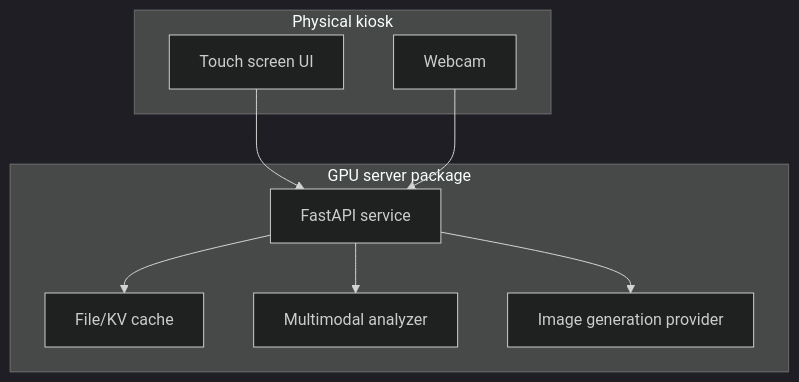
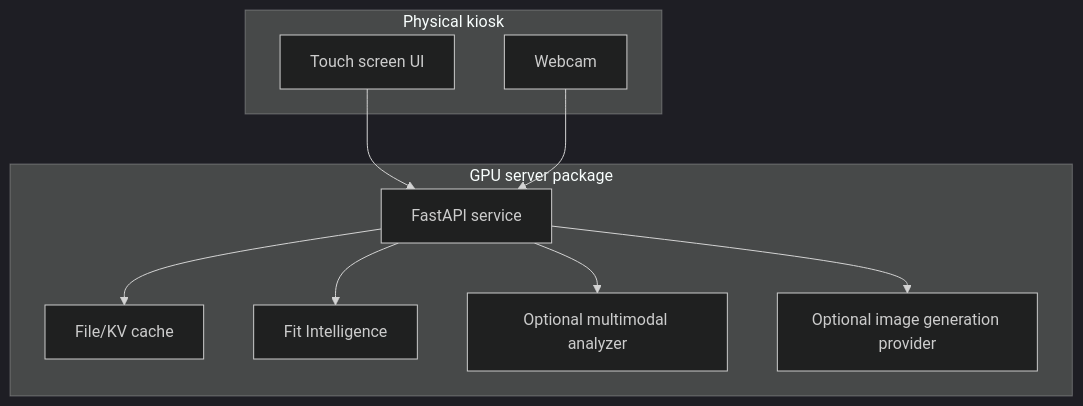
One commit to yodawu28/visual-tryon changed the second of 2 diagrams in docs/architecture/kiosk-gpu-flow.md. Above: the diagram before and after it, drawn with Mermaid (dark theme). The commit also changed other lines of this file and 21 other files, not shown here.

Commit message:
feat: add kiosk fit intelligence flow

````diff
--- a/docs/architecture/kiosk-gpu-flow.md
+++ b/docs/architecture/kiosk-gpu-flow.md
@@ -37,20 +53,22 @@
 ```mermaid
 flowchart TB
     subgraph Kiosk[Physical kiosk]
         UI[Touch screen UI]
         CAM[Webcam]
     end
 
     subgraph GPU[GPU server package]
         API[FastAPI service]
         CACHE[File/KV cache]
-        QWEN[Multimodal analyzer]
-        GEN[Image generation provider]
+        FIT[Fit Intelligence]
+        QWEN[Optional multimodal analyzer]
+        GEN[Optional image generation provider]
     end
 
     UI --> API
     CAM --> API
     API --> CACHE
+    API --> FIT
     API --> QWEN
     API --> GEN
 ```
````
